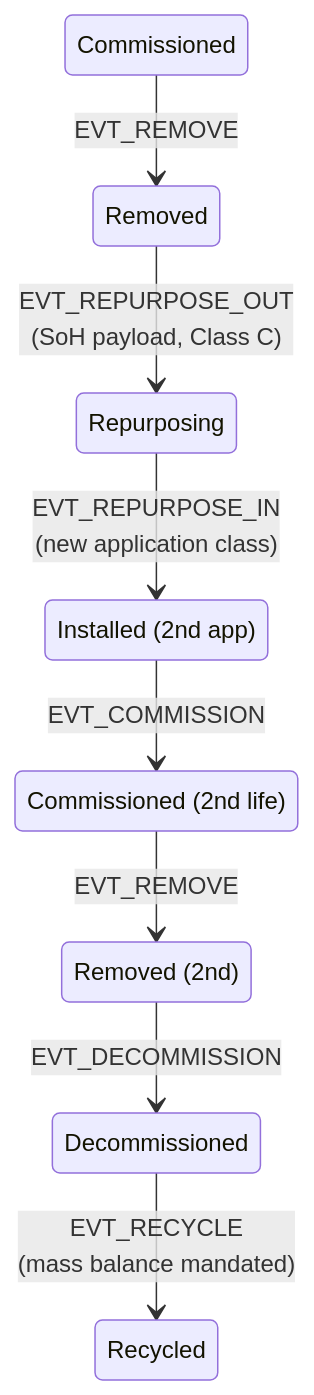
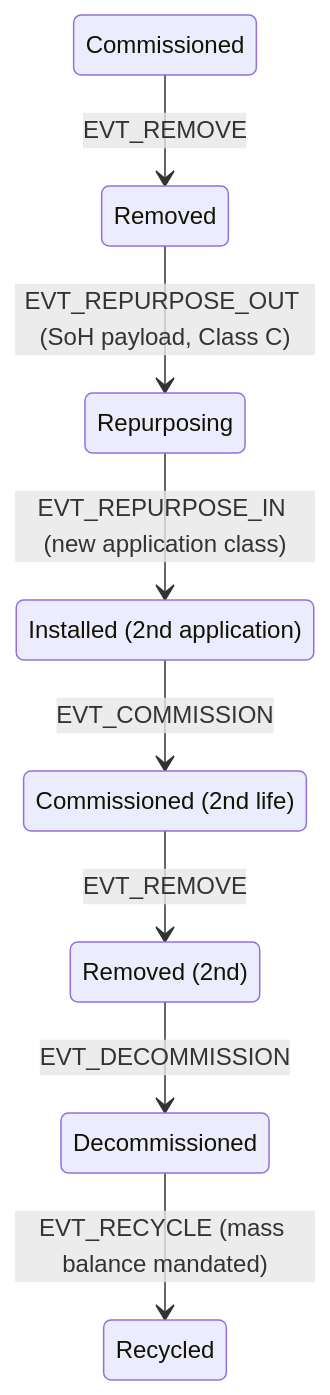
The diagram in manuscript/04-part-iv-application-and-deployment/ch12-extending-the-model.md (kalyogyogi-ui/CRC), drawn with Mermaid before and after one commit. The commit also changed 8 other files, not shown here.

Commit message:
Add back matter, figure/table lists, glossary, appendices, and consolidated references

````diff
--- a/manuscript/04-part-iv-application-and-deployment/ch12-extending-the-model.md
+++ b/manuscript/04-part-iv-application-and-deployment/ch12-extending-the-model.md
@@ -71,13 +71,13 @@
 ```mermaid
 stateDiagram-v2
+    state "Installed (2nd application)" as Installed2
+    state "Commissioned (2nd life)" as Commissioned2
+    state "Removed (2nd)" as Removed2
     Commissioned --> Removed: EVT_REMOVE
-    Removed --> Repurposing: EVT_REPURPOSE_OUT<br>(SoH payload, Class C)
-    Repurposing --> Installed2: EVT_REPURPOSE_IN<br>(new application class)
+    Removed --> Repurposing: EVT_REPURPOSE_OUT (SoH payload, Class C)
+    Repurposing --> Installed2: EVT_REPURPOSE_IN (new application class)
     Installed2 --> Commissioned2: EVT_COMMISSION
     Commissioned2 --> Removed2: EVT_REMOVE
     Removed2 --> Decommissioned: EVT_DECOMMISSION
-    Decommissioned --> Recycled: EVT_RECYCLE<br>(mass balance mandated)
-    state "Installed (2nd app)" as Installed2
-    state "Commissioned (2nd life)" as Commissioned2
-    state "Removed (2nd)" as Removed2
+    Decommissioned --> Recycled: EVT_RECYCLE (mass balance mandated)
 ```
````
